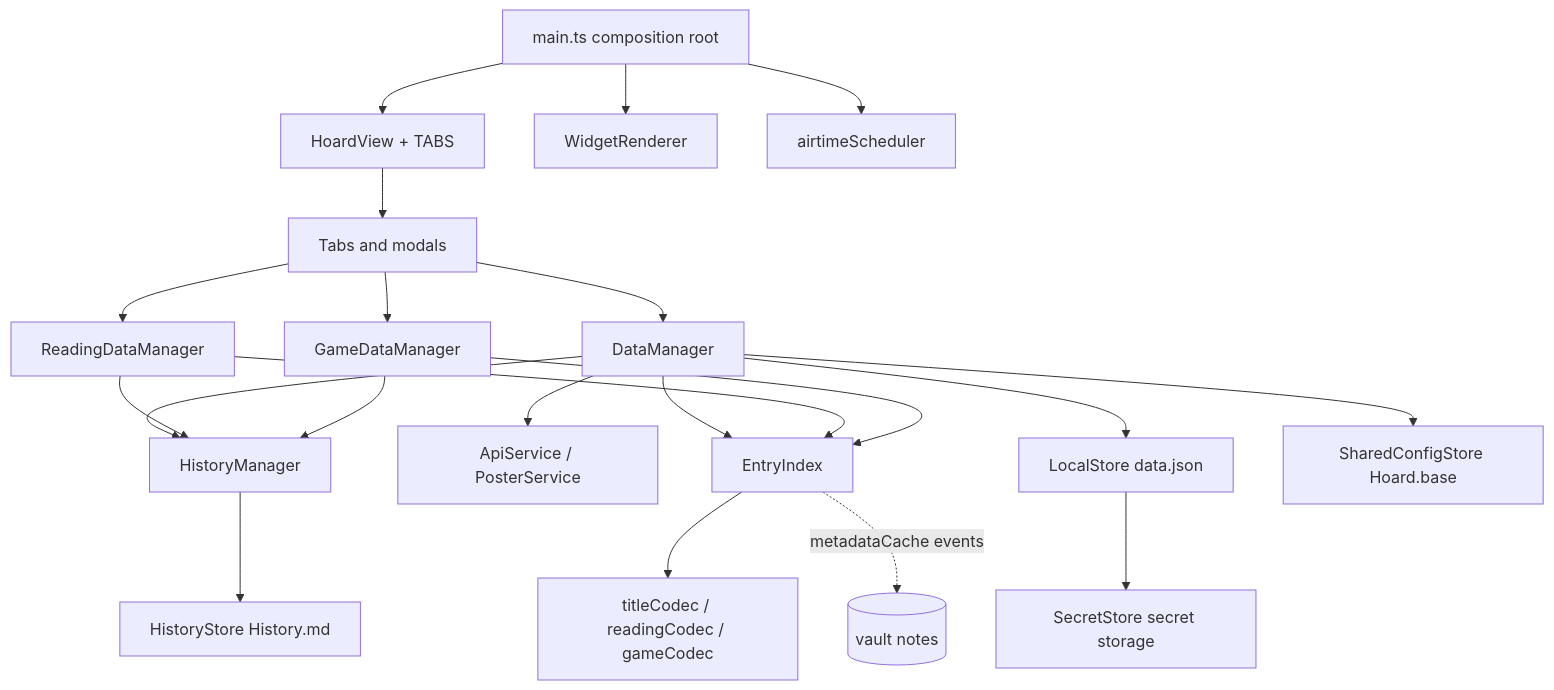
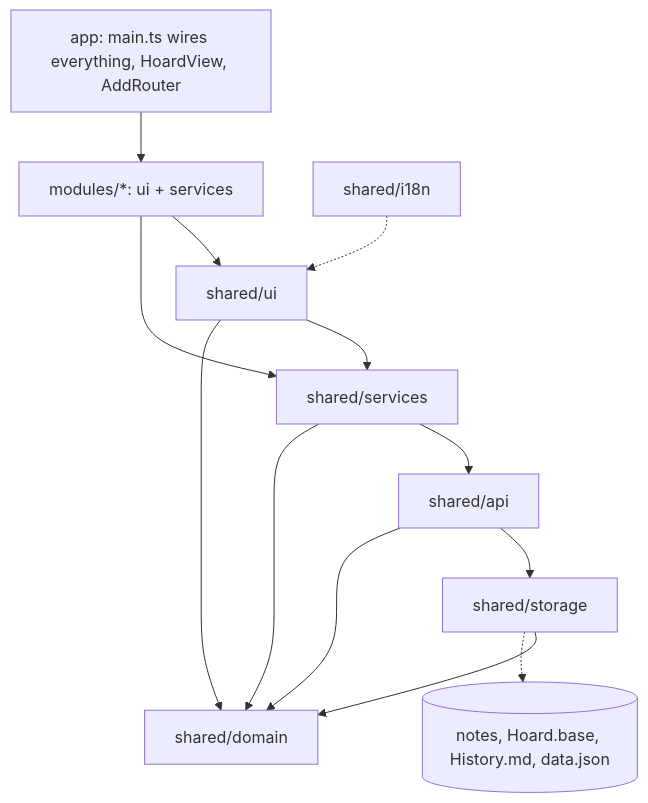
Before and after one commit to Macavity/obsidian-hoard: the diagram in docs/architecture/overview.md, drawn with Mermaid. The commit also changed other lines of this file and 34 other files, not shown here.

Commit message:
docs(wiki): module architecture

````diff
--- a/docs/architecture/overview.md
+++ b/docs/architecture/overview.md
@@ -22,23 +29,15 @@
 ```mermaid
 flowchart TD
-  main[main.ts composition root] --> View[HoardView + TABS]
-  main --> WR[WidgetRenderer]
-  main --> Sched[airtimeScheduler]
-  View --> Tabs[Tabs and modals]
-  Tabs --> DM[DataManager]
-  Tabs --> RDM[ReadingDataManager]
-  Tabs --> GDM[GameDataManager]
-  DM --> HM[HistoryManager]
-  RDM --> HM
-  GDM --> HM
-  DM --> API[ApiService / PosterService]
-  DM --> Idx[EntryIndex]
-  RDM --> Idx
-  GDM --> Idx
-  Idx --> Codecs[titleCodec / readingCodec / gameCodec]
-  DM --> Local[LocalStore data.json]
-  Local --> Sec[SecretStore secret storage]
-  DM --> Shared[SharedConfigStore Hoard.base]
-  HM --> HS[HistoryStore History.md]
-  Idx -. metadataCache events .-> Vault[(vault notes)]
+  app[app: main.ts wires everything, HoardView, AddRouter] --> modules
+  modules[modules/*: ui + services] --> sui[shared/ui]
+  sui --> ssv[shared/services]
+  modules --> ssv
+  ssv --> sapi[shared/api]
+  sapi --> sst[shared/storage]
+  sst --> dom[shared/domain]
+  sapi --> dom
+  ssv --> dom
+  sui --> dom
+  i18n[shared/i18n] -.-> sui
+  sst -.-> Vault[(notes, Hoard.base, History.md, data.json)]
 ```
````
